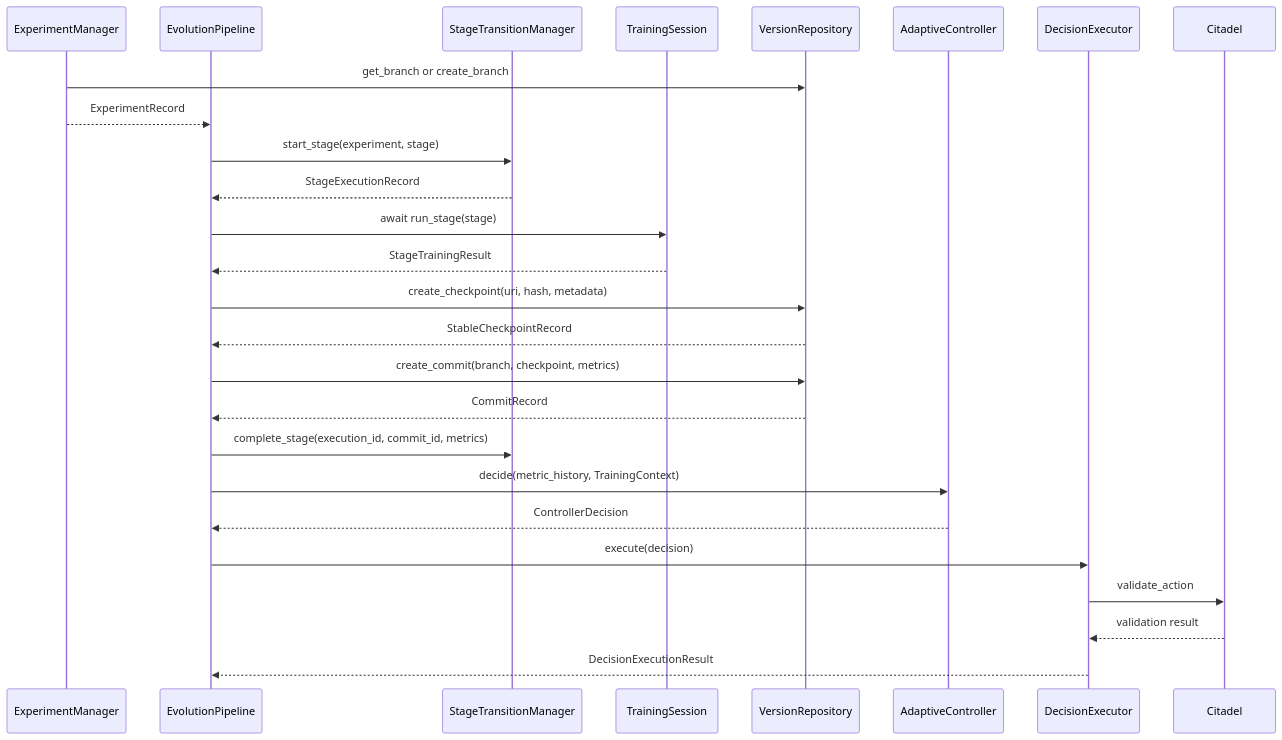
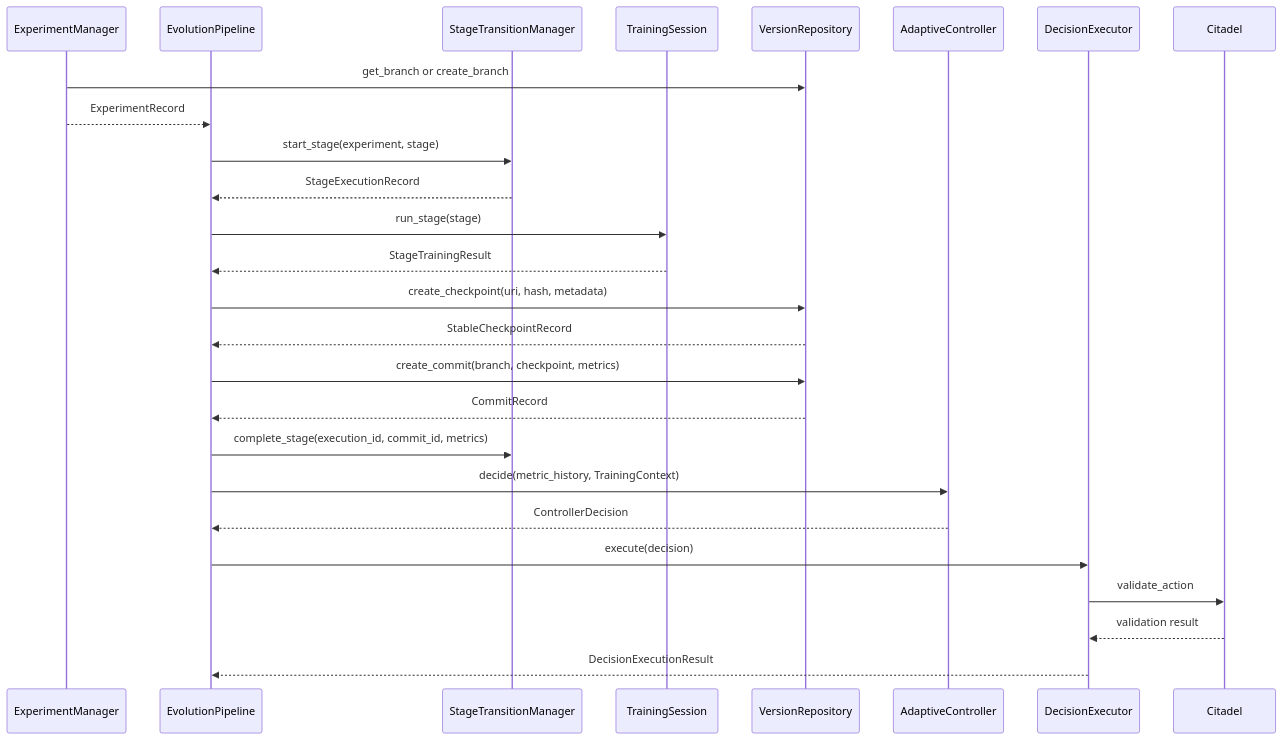
The ninth of 17 diagrams in docs/ARCHITECTURE_MAP.md (localzet/acn), drawn with Mermaid before and after one commit. The commit also changed other lines of this file and 10 other files, not shown here.

````diff
--- a/docs/ARCHITECTURE_MAP.md
+++ b/docs/ARCHITECTURE_MAP.md
@@ -361,29 +361,29 @@
 ```mermaid
 sequenceDiagram
     participant M as ExperimentManager
     participant P as EvolutionPipeline
     participant S as StageTransitionManager
     participant T as TrainingSession
     participant V as VersionRepository
     participant C as AdaptiveController
     participant D as DecisionExecutor
     participant Z as Citadel
 
     M->>V: get_branch or create_branch
     M-->>P: ExperimentRecord
     P->>S: start_stage(experiment, stage)
     S-->>P: StageExecutionRecord
-    P->>T: await run_stage(stage)
+    P->>T: run_stage(stage)
     T-->>P: StageTrainingResult
     P->>V: create_checkpoint(uri, hash, metadata)
     V-->>P: StableCheckpointRecord
     P->>V: create_commit(branch, checkpoint, metrics)
     V-->>P: CommitRecord
     P->>S: complete_stage(execution_id, commit_id, metrics)
     P->>C: decide(metric_history, TrainingContext)
     C-->>P: ControllerDecision
     P->>D: execute(decision)
     D->>Z: validate_action
     Z-->>D: validation result
     D-->>P: DecisionExecutionResult
 ```
````
